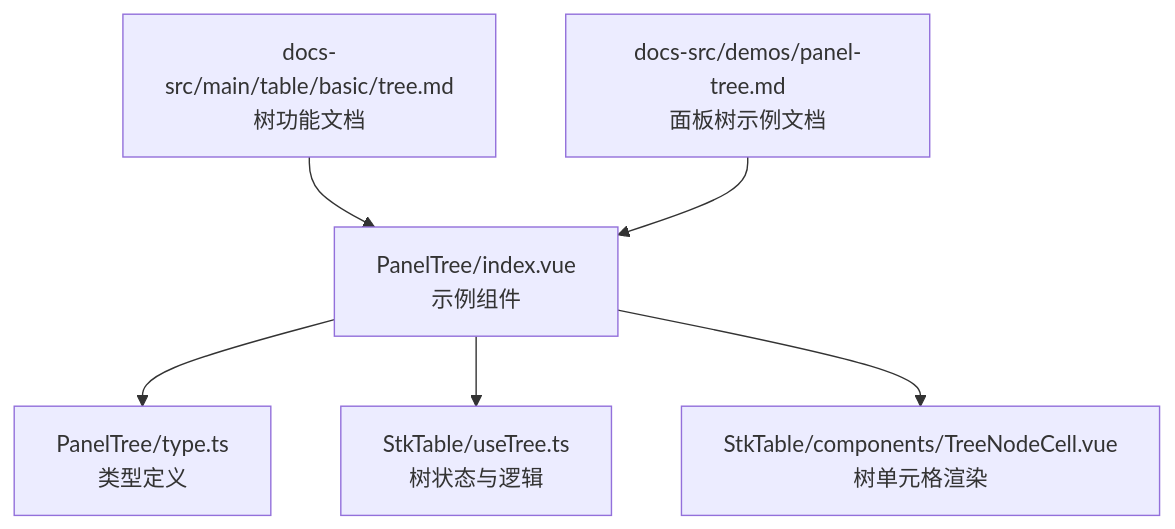
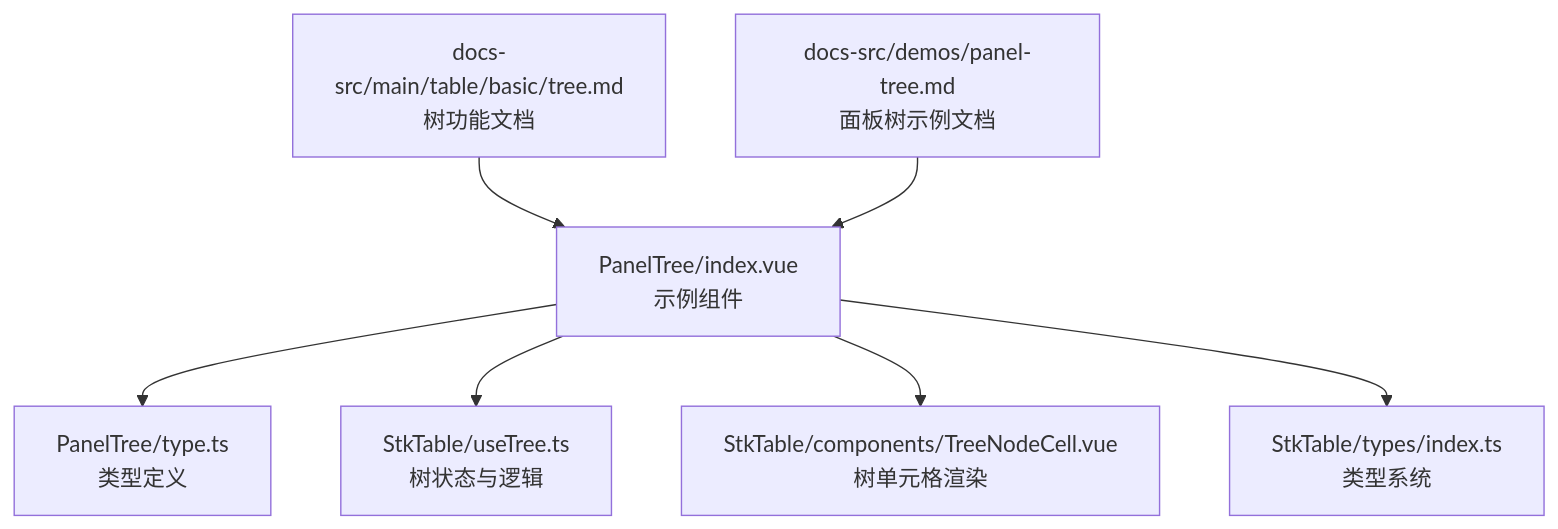
The first of 5 diagrams in .qoder/repowiki/zh/content/示例演示/面板树示例.md (ja-plus/stk-table-vue), drawn with Mermaid before and after one commit. The commit also changed other lines of this file and 6 other files, not shown here.

````diff
--- a/.qoder/repowiki/zh/content/示例演示/面板树示例.md
+++ b/.qoder/repowiki/zh/content/示例演示/面板树示例.md
@@ -31,8 +43,9 @@
 ```mermaid
 graph TB
 A["PanelTree/index.vue<br/>示例组件"] --> B["PanelTree/type.ts<br/>类型定义"]
 A --> C["StkTable/useTree.ts<br/>树状态与逻辑"]
 A --> D["StkTable/components/TreeNodeCell.vue<br/>树单元格渲染"]
-E["docs-src/main/table/basic/tree.md<br/>树功能文档"] --> A
-F["docs-src/demos/panel-tree.md<br/>面板树示例文档"] --> A
+A --> E["StkTable/types/index.ts<br/>类型系统"]
+F["docs-src/main/table/basic/tree.md<br/>树功能文档"] --> A
+G["docs-src/demos/panel-tree.md<br/>面板树示例文档"] --> A
 ```
````
